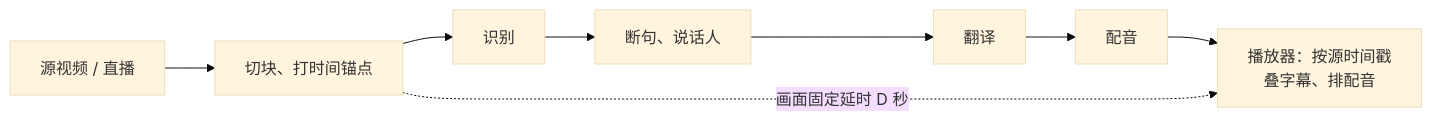
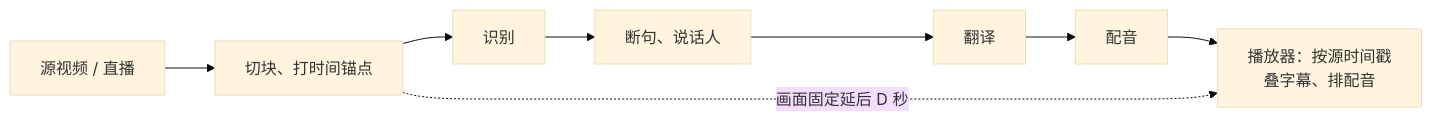
The diagram in README.md (h5box/live-dub), drawn with Mermaid (base theme) before and after one commit. The commit also changed other lines of this file, not shown here.

````diff
--- a/README.md
+++ b/README.md
@@ -61,7 +62,7 @@
 ```mermaid
 flowchart LR
     SRC["源视频 / 直播"] --> CUT["切块、打时间锚点"]
     CUT --> ASR["识别"] --> SEG["断句、说话人"] --> MT["翻译"] --> TTS["配音"]
     TTS --> PLAY["播放器：按源时间戳<br/>叠字幕、排配音"]
-    CUT -.->|画面固定延时 D 秒| PLAY
+    CUT -.->|画面固定延后 D 秒| PLAY
 ```
````
